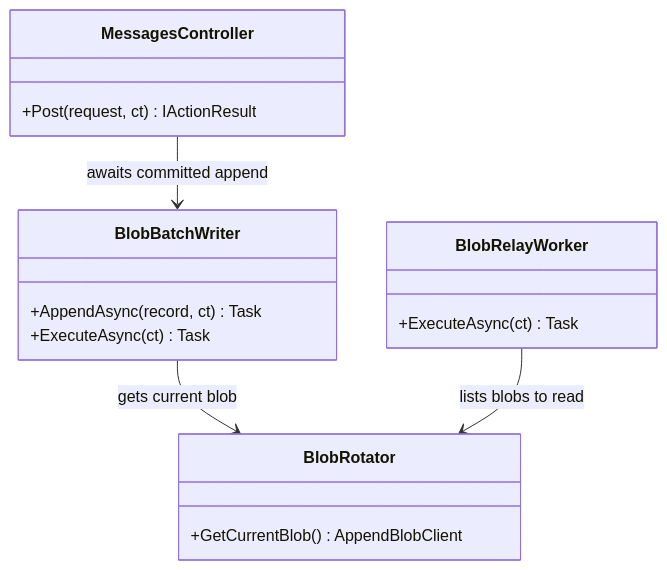
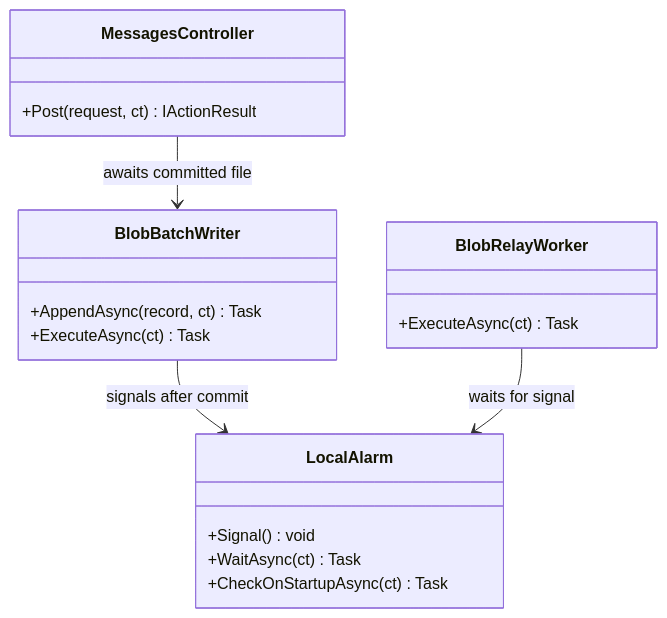
Before and after one commit to wesamkhateeb98-creator/OutMessageToKafka: the second of 3 diagrams in docs/blob-stream-buffer.md, drawn with Mermaid. The commit also changed other lines of this file, not shown here.

First line of the commit message:
docs: switch blob buffer design to one Block Blob per batch

````diff
--- a/docs/blob-stream-buffer.md
+++ b/docs/blob-stream-buffer.md
@@ -37,19 +44,21 @@
 ```mermaid
 classDiagram
     class MessagesController {
         +Post(request, ct) IActionResult
     }
     class BlobBatchWriter {
         +AppendAsync(record, ct) Task
         +ExecuteAsync(ct) Task
     }
-    class BlobRotator {
-        +GetCurrentBlob() AppendBlobClient
+    class LocalAlarm {
+        +Signal() void
+        +WaitAsync(ct) Task
+        +CheckOnStartupAsync(ct) Task
     }
     class BlobRelayWorker {
         +ExecuteAsync(ct) Task
     }
-    MessagesController --> BlobBatchWriter : awaits committed append
-    BlobBatchWriter --> BlobRotator : gets current blob
-    BlobRelayWorker --> BlobRotator : lists blobs to read
+    MessagesController --> BlobBatchWriter : awaits committed file
+    BlobBatchWriter --> LocalAlarm : signals after commit
+    BlobRelayWorker --> LocalAlarm : waits for signal
 ```
````
